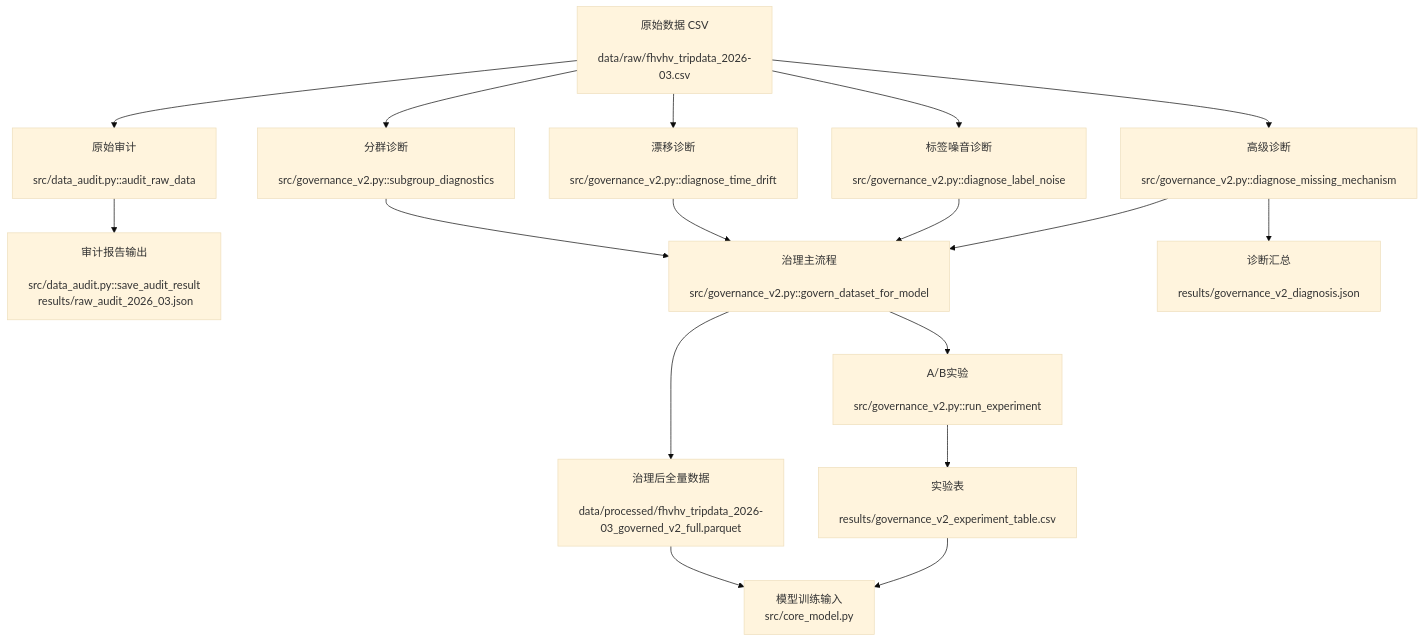
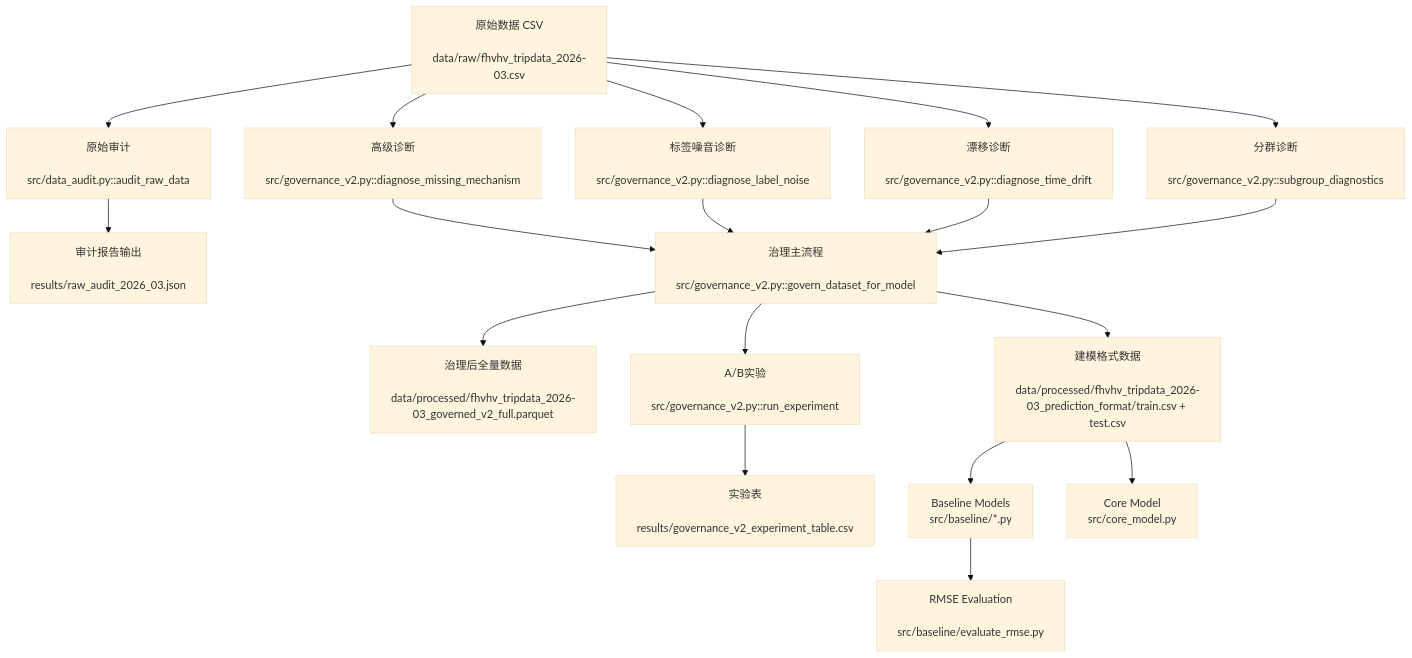
One commit to C-CH621/datamining-taxi-2026-ChiikaDD changed the diagram in document/midterm/ChiikaDD.md. Above: the diagram before and after it, drawn with Mermaid (base theme). The commit also changed other lines of this file and 3 other files, not shown here.

````diff
--- a/document/midterm/ChiikaDD.md
+++ b/document/midterm/ChiikaDD.md
@@ -71,19 +108,20 @@
 ```mermaid
 flowchart TD
     A[原始数据 CSV\n data/raw/fhvhv_tripdata_2026-03.csv] --> B[原始审计\n src/data_audit.py::audit_raw_data]
-    B --> C[审计报告输出\n src/data_audit.py::save_audit_result\n results/raw_audit_2026_03.json]
+    B --> C[审计报告输出\n results/raw_audit_2026_03.json]
     A --> D[高级诊断\n src/governance_v2.py::diagnose_missing_mechanism]
     A --> E[标签噪音诊断\n src/governance_v2.py::diagnose_label_noise]
     A --> F[漂移诊断\n src/governance_v2.py::diagnose_time_drift]
     A --> G[分群诊断\n src/governance_v2.py::subgroup_diagnostics]
     D --> H[治理主流程\n src/governance_v2.py::govern_dataset_for_model]
     E --> H
     F --> H
     G --> H
     H --> I[治理后全量数据\n data/processed/fhvhv_tripdata_2026-03_governed_v2_full.parquet]
-    H --> J[A/B实验\n src/governance_v2.py::run_experiment]
-    J --> K[实验表\n results/governance_v2_experiment_table.csv]
-    D --> L[诊断汇总\n results/governance_v2_diagnosis.json]
-    K --> M[模型训练输入\n src/core_model.py]
-    I --> M
+    H --> J[建模格式数据\n data/processed/fhvhv_tripdata_2026-03_prediction_format/train.csv + test.csv]
+    H --> K[A/B实验\n src/governance_v2.py::run_experiment]
+    K --> L[实验表\n results/governance_v2_experiment_table.csv]
+    J --> M[Baseline Models\n src/baseline/*.py]
+    J --> N[Core Model\n src/core_model.py]
+    M --> O[RMSE Evaluation\n src/baseline/evaluate_rmse.py]
 ```
````
